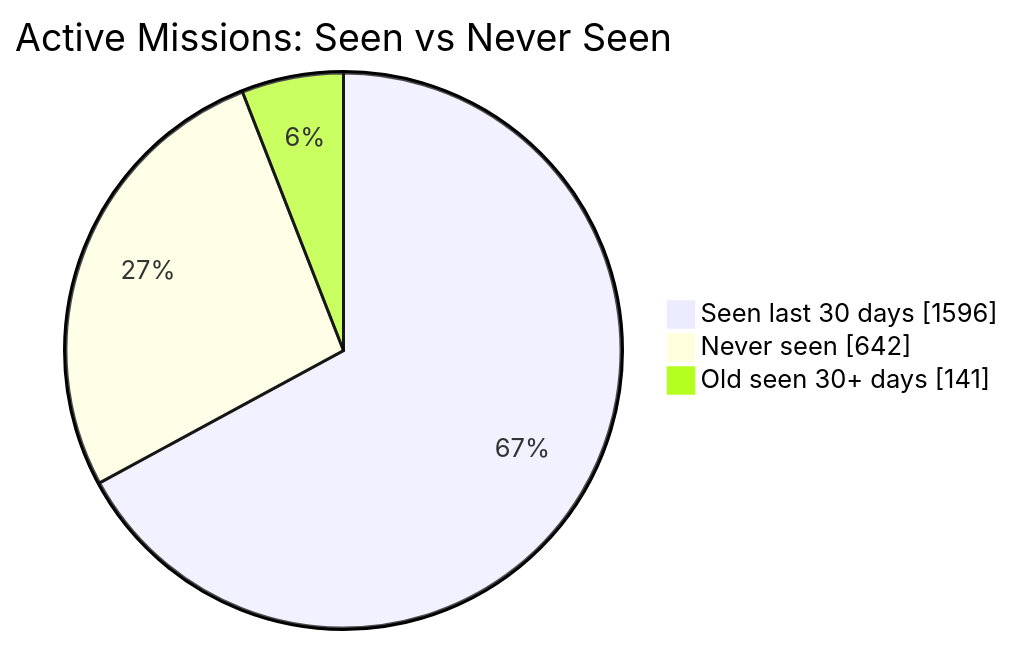
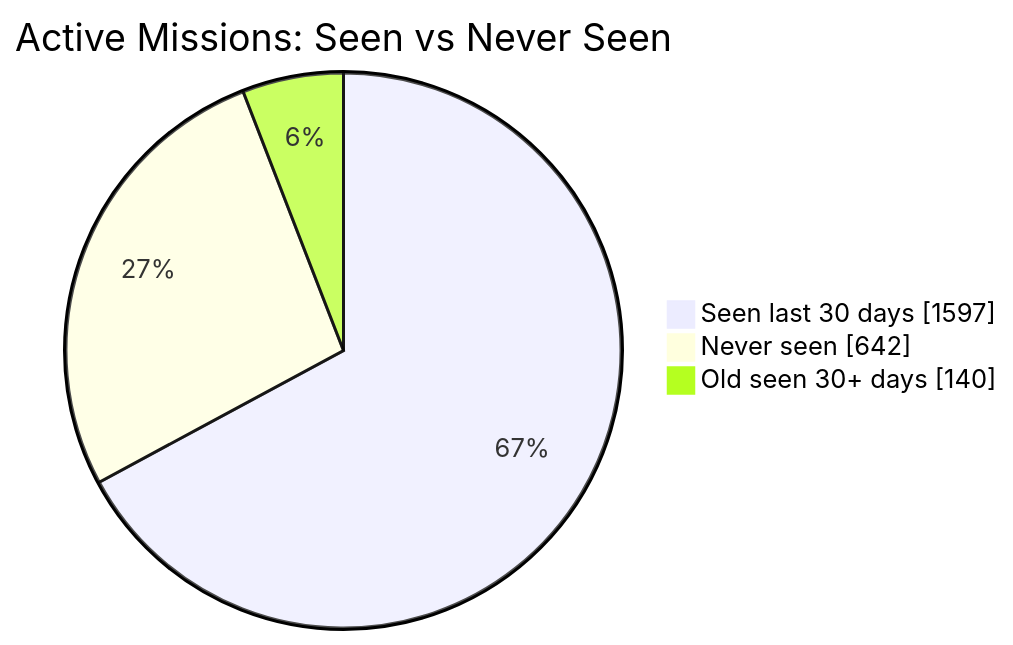
One commit to MeldkamerspelGameTeam/active-missions changed the first of 2 diagrams in README.md. Above: the diagram before and after it, drawn with Mermaid. The commit also changed other lines of this file and 3 other files, not shown here.

````diff
--- a/README.md
+++ b/README.md
@@ -34,7 +34,7 @@
 ```mermaid
 pie showData
     title Active Missions: Seen vs Never Seen
-    "Seen last 30 days" : 1596
+    "Seen last 30 days" : 1597
     "Never seen" : 642
-    "Old seen 30+ days" : 141
+    "Old seen 30+ days" : 140
 ```
````
